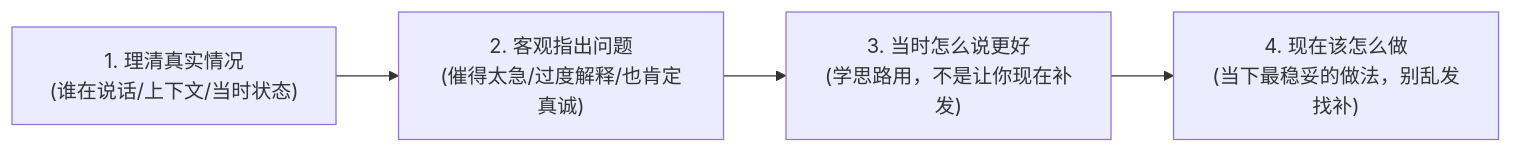
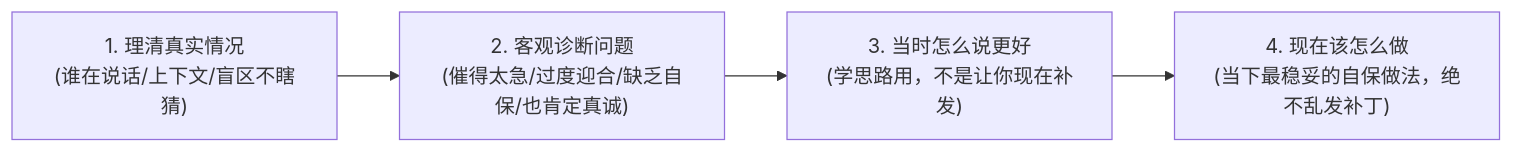
The second of 2 diagrams in README.md (CAoyinggo/emotional-push-pull), drawn with Mermaid before and after one commit. The commit also changed other lines of this file and 7 other files, not shown here.

````diff
--- a/README.md
+++ b/README.md
@@ -101,6 +105,6 @@
 ```mermaid
 flowchart LR
-    A["1. 理清真实情况<br/>(谁在说话/上下文/当时状态)"] --> B["2. 客观指出问题<br/>(催得太急/过度解释/也肯定真诚)"]
+    A["1. 理清真实情况<br/>(谁在说话/上下文/盲区不瞎猜)"] --> B["2. 客观诊断问题<br/>(催得太急/过度迎合/缺乏自保/也肯定真诚)"]
     B --> C["3. 当时怎么说更好<br/>(学思路用，不是让你现在补发)"]
-    C --> D["4. 现在该怎么做<br/>(当下最稳妥的做法，别乱发找补)"]
+    C --> D["4. 现在该怎么做<br/>(当下最稳妥的自保做法，绝不乱发补丁)"]
 ```
````
